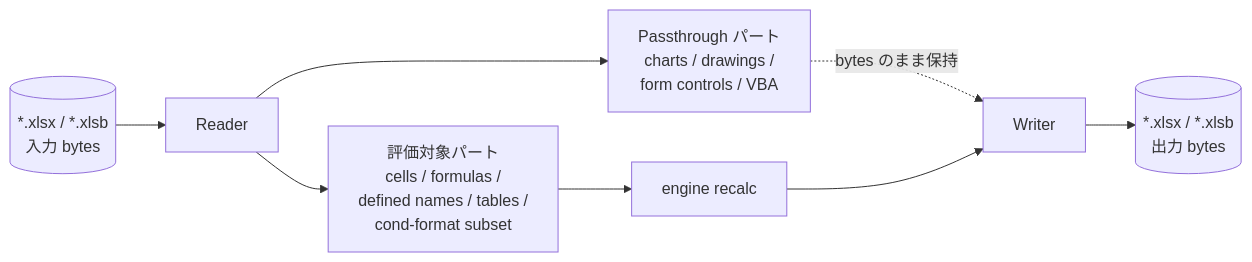
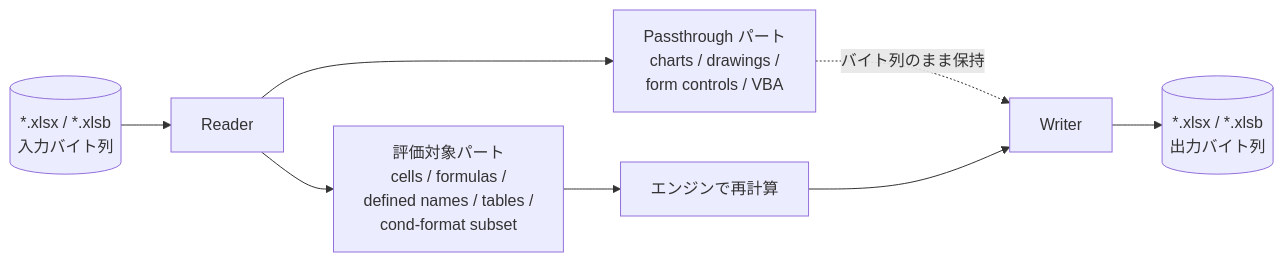
One commit to libraz/formulon-homepage changed the diagram in src/ja/workbook/file-formats.md. Above: the diagram before and after it, drawn with Mermaid. The commit also changed other lines of this file and 49 other files, not shown here.

````diff
--- a/src/ja/workbook/file-formats.md
+++ b/src/ja/workbook/file-formats.md
@@ -43,10 +43,10 @@
 ```mermaid
 flowchart LR
-  IN[(*.xlsx / *.xlsb<br/>入力 bytes)] --> READ[Reader]
+  IN[(*.xlsx / *.xlsb<br/>入力バイト列)] --> READ[Reader]
   READ --> EVAL[評価対象パート<br/>cells / formulas /<br/>defined names / tables /<br/>cond-format subset]
   READ --> PASS[Passthrough パート<br/>charts / drawings /<br/>form controls / VBA]
-  EVAL --> RECALC[engine recalc]
-  PASS -. bytes のまま保持 .-> WRITE
+  EVAL --> RECALC[エンジンで再計算]
+  PASS -. バイト列のまま保持 .-> WRITE
   RECALC --> WRITE[Writer]
-  WRITE --> OUT[(*.xlsx / *.xlsb<br/>出力 bytes)]
+  WRITE --> OUT[(*.xlsx / *.xlsb<br/>出力バイト列)]
 ```
````
